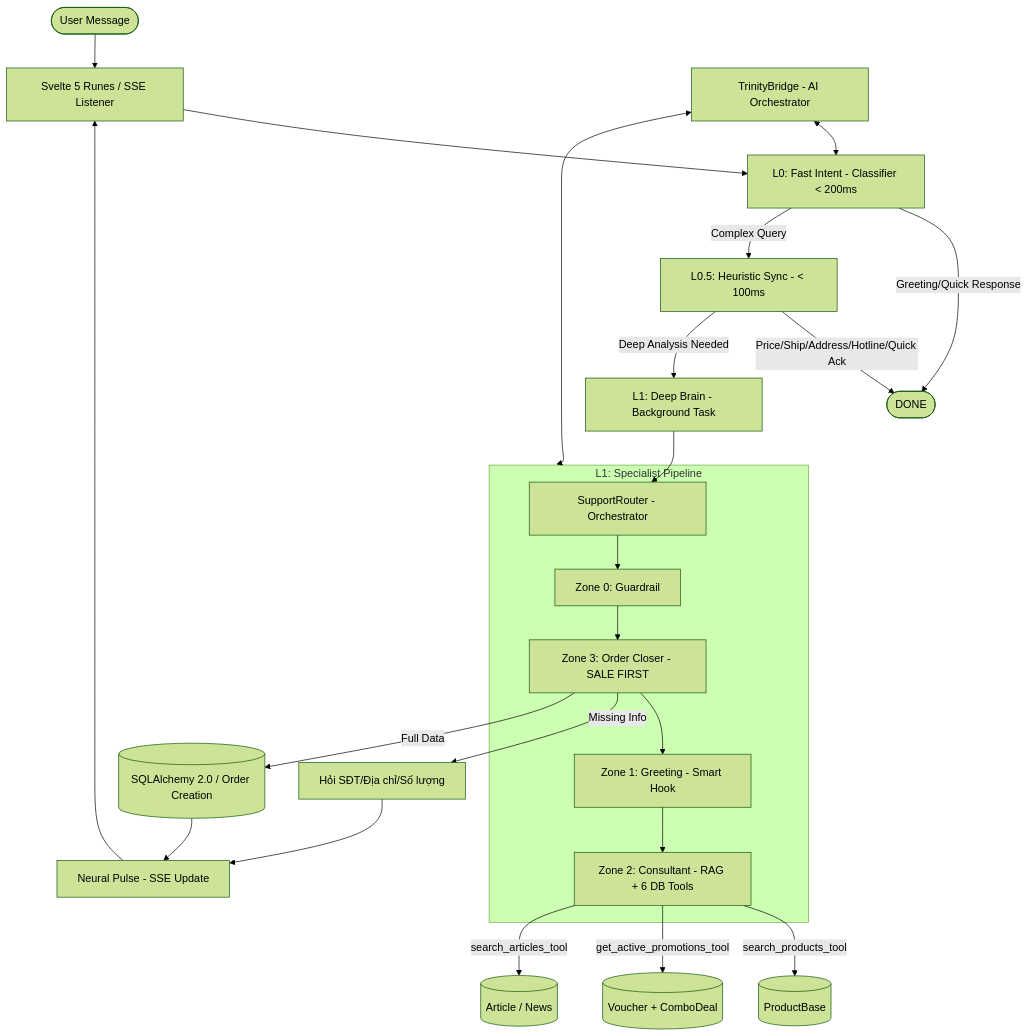
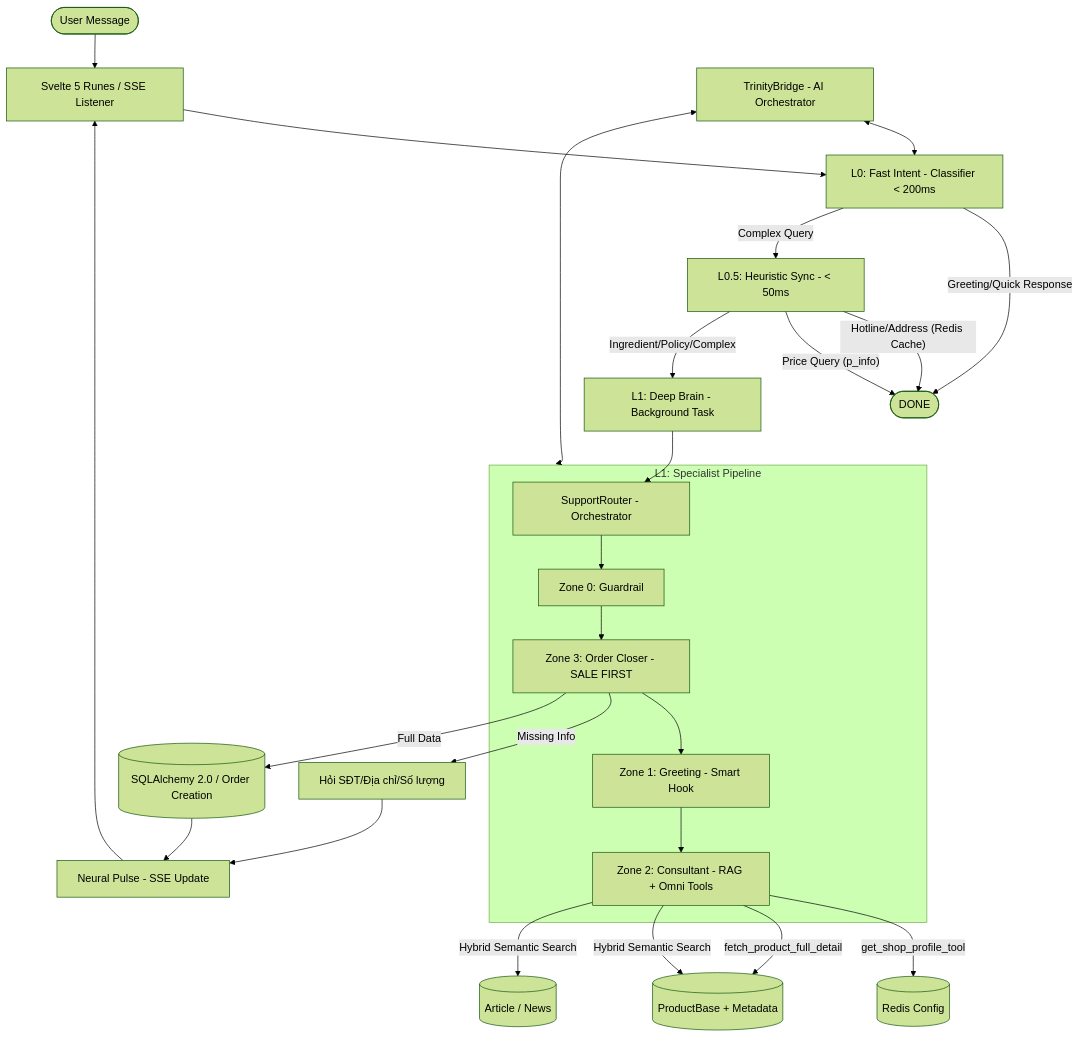
One commit to mlaplv/fast-platform-nhs changed the diagram in backend/services/commerce/operatives/handlers/ip.md. Above: the diagram before and after it, drawn with Mermaid (forest theme). The commit also changed other lines of this file and 1 other file, not shown here.

````diff
--- a/backend/services/commerce/operatives/handlers/ip.md
+++ b/backend/services/commerce/operatives/handlers/ip.md
@@ -9,33 +9,35 @@
 ```mermaid
 graph TD
     User([User Message]) --> Frontend[Svelte 5 Runes / SSE Listener]
     Frontend --> L0_Fast[L0: Fast Intent - Classifier < 200ms]
     
     L0_Fast -- Greeting/Quick Response --> Done([DONE])
-    L0_Fast -- Complex Query --> L05_Sync[L0.5: Heuristic Sync - < 100ms]
+    L0_Fast -- Complex Query --> L05_Sync[L0.5: Heuristic Sync - < 50ms]
     
-    L05_Sync -- Price/Ship/Address/Hotline/Quick Ack --> Done
-    L05_Sync -- Deep Analysis Needed --> L1_Brain[L1: Deep Brain - Background Task]
+    L05_Sync -- Hotline/Address (Redis Cache) --> Done
+    L05_Sync -- Price Query (p_info) --> Done
+    L05_Sync -- Ingredient/Policy/Complex --> L1_Brain[L1: Deep Brain - Background Task]
     
     subgraph Specialist_Pipeline [L1: Specialist Pipeline]
         Router[SupportRouter - Orchestrator] --> Guard[Zone 0: Guardrail]
         Guard --> Order[Zone 3: Order Closer - SALE FIRST]
         Order --> Greet[Zone 1: Greeting - Smart Hook]
-        Greet --> Cons[Zone 2: Consultant - RAG + 6 DB Tools]
+        Greet --> Cons[Zone 2: Consultant - RAG + Omni Tools]
     end
     
     L1_Brain --> Router
     Order -- "Missing Info" --> AskInfo[Hỏi SĐT/Địa chỉ/Số lượng]
     Order -- "Full Data" --> DB[(SQLAlchemy 2.0 / Order Creation)]
     
-    Cons -- "search_products_tool" --> ProductDB[(ProductBase)]
-    Cons -- "get_active_promotions_tool" --> VoucherDB[(Voucher + ComboDeal)]
-    Cons -- "search_articles_tool" --> ArticleDB[(Article / News)]
+    Cons -- "get_shop_profile_tool" --> Redis[(Redis Config)]
+    Cons -- "fetch_product_full_detail" --> ProductDB[(ProductBase + Metadata)]
+    Cons -- "Hybrid Semantic Search" --> ProductDB
+    Cons -- "Hybrid Semantic Search" --> ArticleDB[(Article / News)]
     
     Trinity[TrinityBridge - AI Orchestrator] <--> L0_Fast
     Trinity <--> Specialist_Pipeline
     
     AskInfo --> Pulse[Neural Pulse - SSE Update]
     DB --> Pulse
     Pulse --> Frontend
 ```
````
